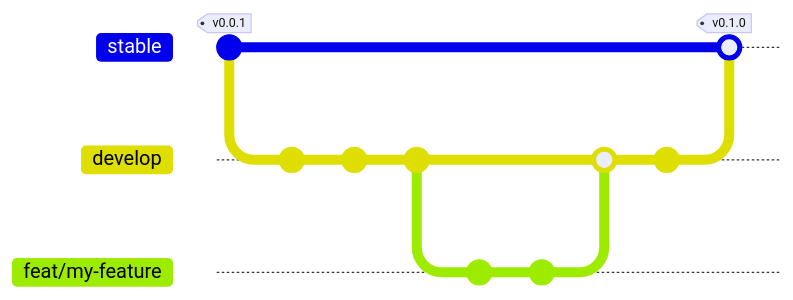
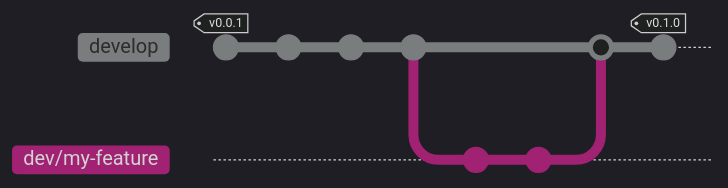
The diagram in docs/README.md (troublecatstudios/unity-package-example), drawn with Mermaid before and after one commit. The commit also changed other lines of this file and 11 other files, not shown here. Commit ids are hidden.

````diff
--- a/docs/README.md
+++ b/docs/README.md
@@ -11,19 +11,15 @@
 ```mermaid
-%%{init: { 'gitGraph': {'mainBranchName': 'stable'}} }%%
+%%{init: { 'theme': 'dark', 'gitGraph': {'mainBranchName': 'develop'}} }%%
 gitGraph
     commit tag:"v0.0.1"
-    branch develop
-    checkout develop
     commit
     commit
     commit
-    branch feat/my-feature
-    checkout feat/my-feature
+    branch dev/my-feature
+    checkout dev/my-feature
     commit
     commit
     checkout develop
-    merge feat/my-feature id: "pull request"
-    commit
-    checkout stable
-    merge develop id: "official release" tag:"v0.1.0"
+    merge dev/my-feature id: "pull request"
+    commit id: "official release" tag:"v0.1.0"
 ```
````
